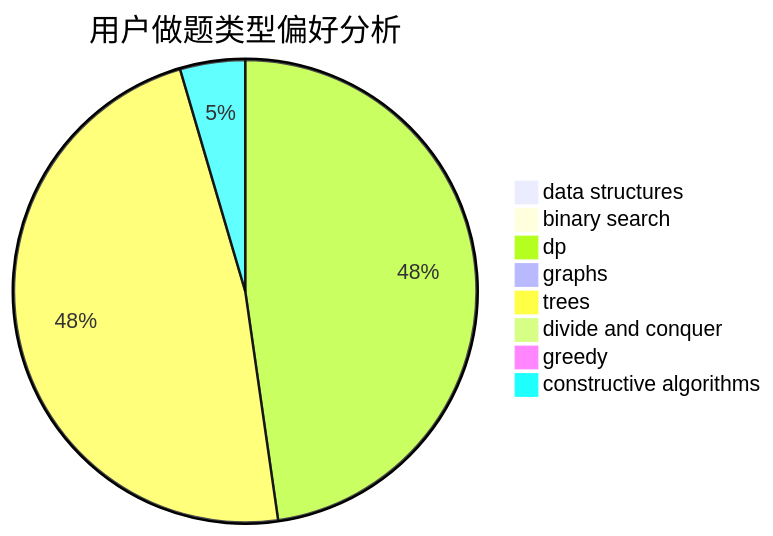
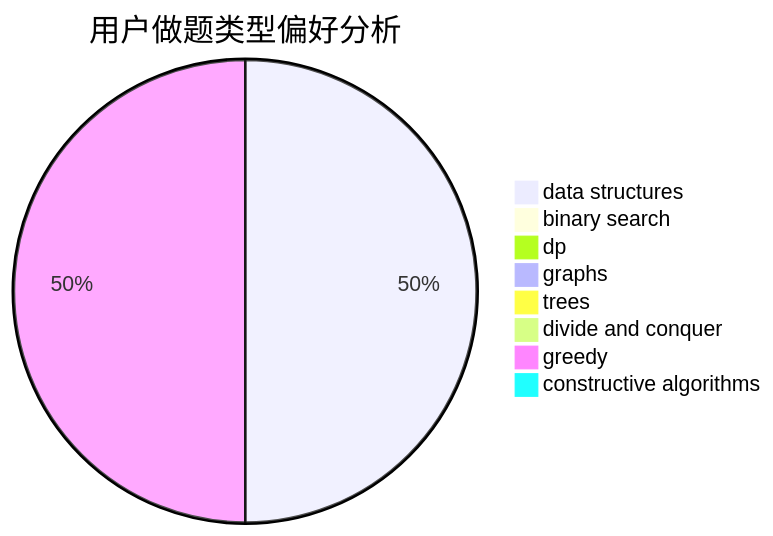
The second of 3 diagrams in docs/user/u1378.md (sherpahu/cfrs.github.io), drawn with Mermaid before and after one commit. The commit also changed other lines of this file and 2770 other files, not shown here.

````diff
--- a/docs/user/u1378.md
+++ b/docs/user/u1378.md
@@ -23,11 +23,11 @@
 ```mermaid
 pie title 用户做题类型偏好分析
-    "data structures" :  0
+    "data structures" :  3
     "binary search" :  0
-    "dp" :  21
+    "dp" :  0
     "graphs" :  0
-    "trees" :  21
+    "trees" :  0
     "divide and conquer" :  0
-    "greedy" :  0
-    "constructive algorithms" :  2
+    "greedy" :  3
+    "constructive algorithms" :  0
 ```
````
